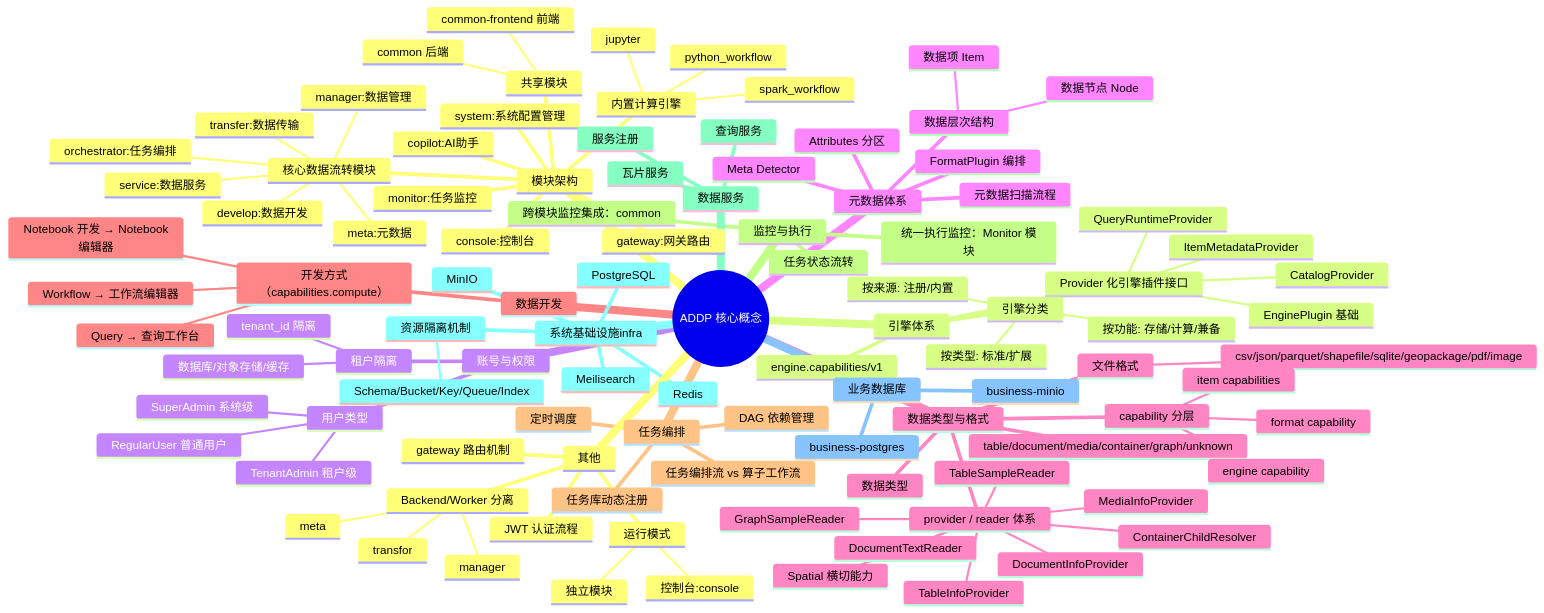
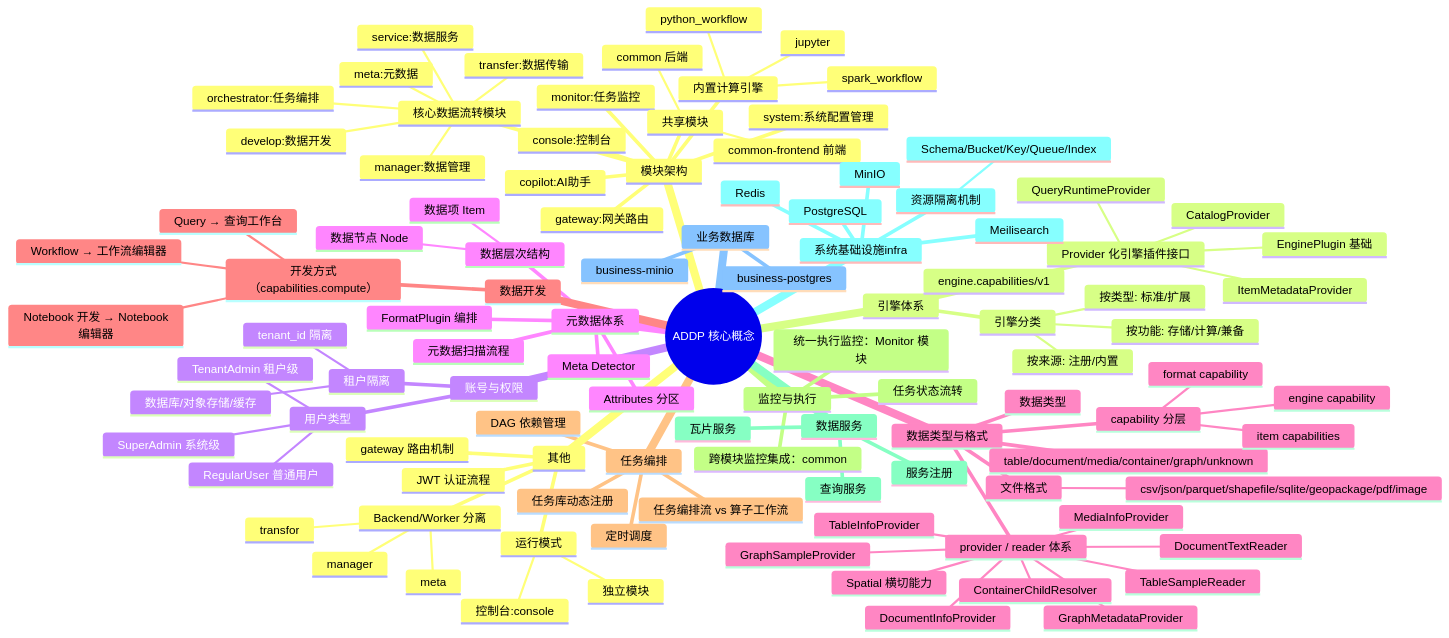
Before and after one commit to pampa0629/addp: the first of 2 diagrams in docs/concepts/addp核心概念关系图.md, drawn with Mermaid. The commit also changed 46 other files, not shown here.

```diff
--- a/docs/concepts/addp核心概念关系图.md
+++ b/docs/concepts/addp核心概念关系图.md
@@ -82,7 +82,8 @@
         DocumentTextReader
         MediaInfoProvider
         ContainerChildResolver
-        GraphSampleReader
+        GraphMetadataProvider
+        GraphSampleProvider
         Spatial 横切能力
     数据开发
       开发方式（capabilities.compute）
```
